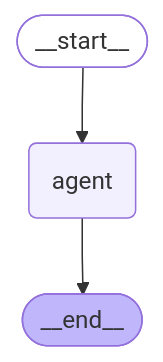
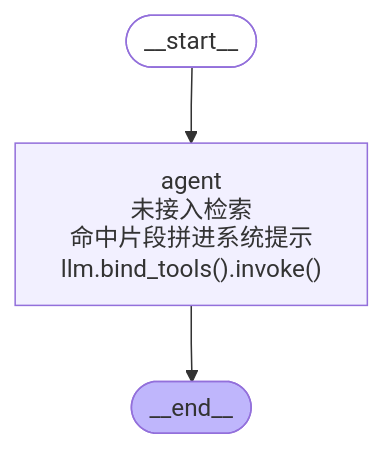
Before and after one commit to II777II/qa-ticket-agent: the diagram in docs/graph-minimal.mmd, drawn with Mermaid. The commit also changed 9 other files, not shown here.

First line of the commit message:
结构图：标注 RAG 步骤与工具名，支持离线渲染

```diff
--- a/docs/graph-minimal.mmd
+++ b/docs/graph-minimal.mmd
@@ -1,14 +1,14 @@
 ---
 config:
   flowchart:
     curve: linear
 ---
 graph TD;
 	__start__([<p>__start__</p>]):::first
-	agent(agent)
+	agent["agent<br/>未接入检索<br/>命中片段拼进系统提示<br/>llm.bind_tools().invoke()"]
 	__end__([<p>__end__</p>]):::last
 	__start__ --> agent;
 	agent --> __end__;
 	classDef default fill:#f2f0ff,line-height:1.2
 	classDef first fill-opacity:0
 	classDef last fill:#bfb6fc
```
